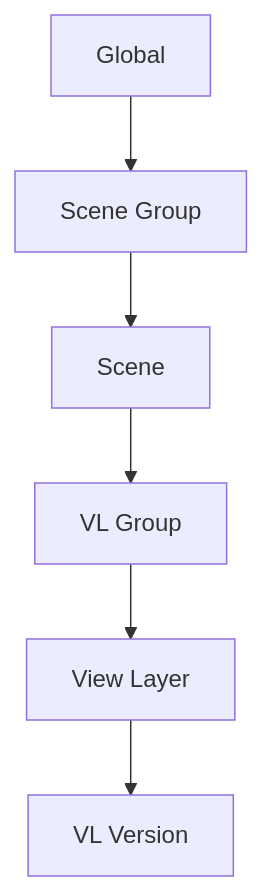
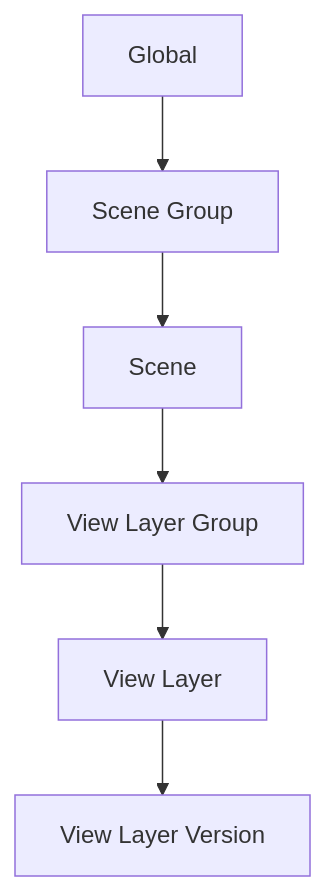
One commit to niwo-dev/Takes-for-Blender-Wiki changed the diagram in docs/en/getting_started/first_steps.md. Above: the diagram before and after it, drawn with Mermaid. The commit also changed other lines of this file and 30 other files, not shown here.

````diff
--- a/docs/en/getting_started/first_steps.md
+++ b/docs/en/getting_started/first_steps.md
@@ -13,8 +13,8 @@
 ```mermaid
 graph TD
-    G[Global] --> SG[Scene Group]
-    SG --> S[Scene]
-    S --> VLG[VL Group]
-    VLG --> VL[View Layer]
-    VL --> VLV[VL Version]
+    Global[Global] --> SceneGrp[Scene Group]
+    SceneGrp --> Scene[Scene]
+    Scene --> LayerGroup[View Layer Group]
+    LayerGroup --> Layer[View Layer]
+    Layer --> Version[View Layer Version]
 ```
````
